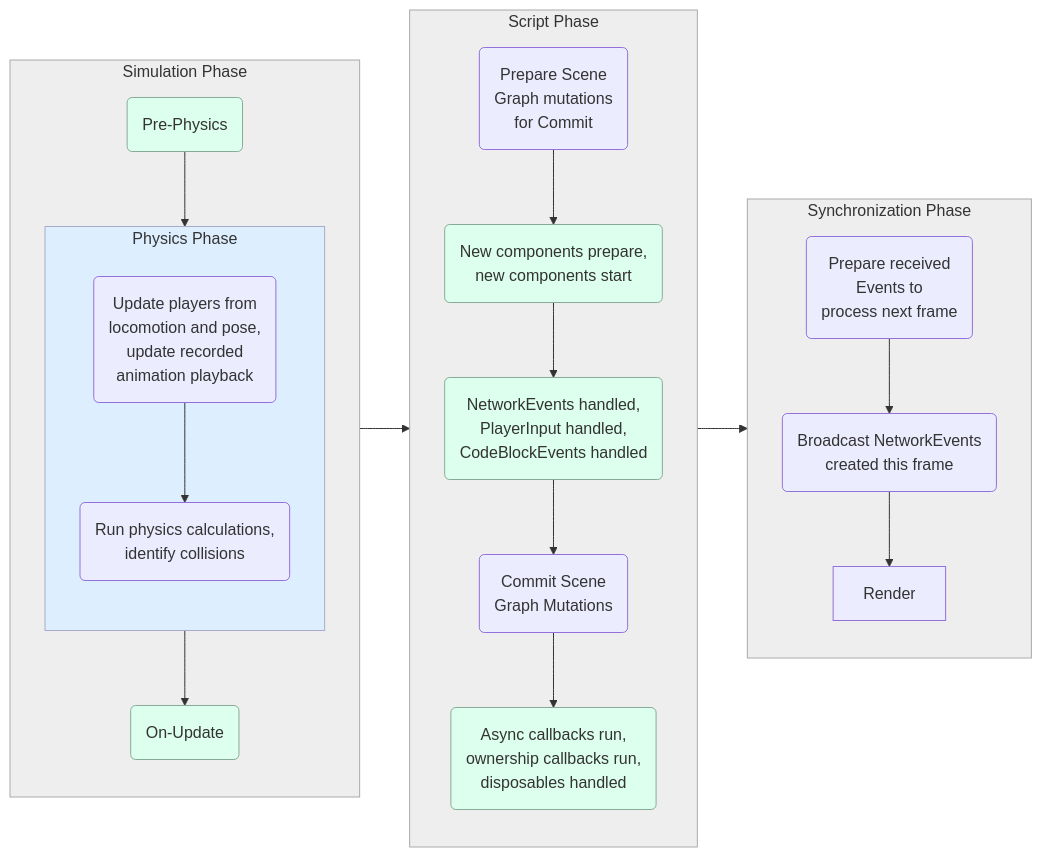
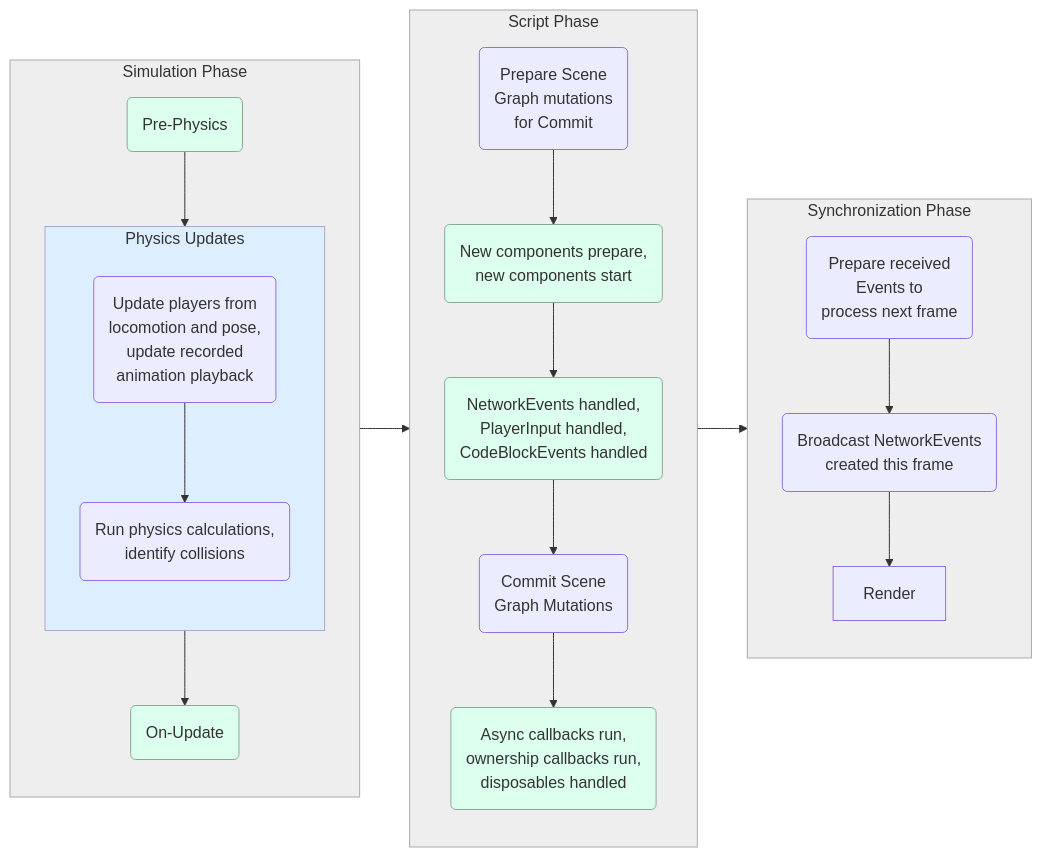
One commit to MHCPCreators/horizonCreatorManual changed the eighth of 13 diagrams in HorizonTechnicalDoc.md. Above: the diagram before and after it, drawn with Mermaid. The commit also changed other lines of this file, not shown here.

Commit message:
More frame sequence

````diff
--- a/HorizonTechnicalDoc.md
+++ b/HorizonTechnicalDoc.md
@@ -3508,32 +3511,32 @@
 ```mermaid {align="center"}
 flowchart LR
   subgraph Early [Simulation Phase]
     Pre-Physics(Pre-Physics) --> Physics --> On-Update(On-Update)
   end
 
-  subgraph Physics [Physics Phase]
+  subgraph Physics [Physics Updates]
     locomotion(Update players from<br/>locomotion and pose,<br/>update recorded<br/>animation playback) --> physicsStep(Run physics calculations,<br/>identify collisions)
   end
 
   subgraph Scripting [Script Phase]
     PrepareMutations(Prepare Scene<br/>Graph mutations<br>for Commit) --> Components(New components prepare,<br/>new components start)  --> Events(NetworkEvents handled,<br/>PlayerInput handled,<br/>CodeBlockEvents handled) --> mutations(Commit Scene <br/>Graph Mutations) --> Async(Async callbacks run,<br/>ownership callbacks run,</br>disposables handled)
   end
 
   subgraph Late [Synchronization Phase]
     receive(Prepare received<br/>Events to</br>process next frame) --> broadcast(Broadcast NetworkEvents<br/>created this frame) --> Render@{shape:pill}
   end
 
   Early --> Scripting --> Late
 
   style Physics fill:#def,stroke:#aac
 
   style Scripting fill:#eee,stroke:#aaa
   style Early fill:#eee,stroke:#aaa
   style Late fill:#eee,stroke:#aaa
 
   style Async fill:#dfe,stroke:#8a9
   style Pre-Physics fill:#dfe,stroke:#8a9
   style On-Update fill:#dfe,stroke:#8a9
   style Events fill:#dfe,stroke:#8a9
   style Components fill:#dfe,stroke:#8a9
 ```
````
